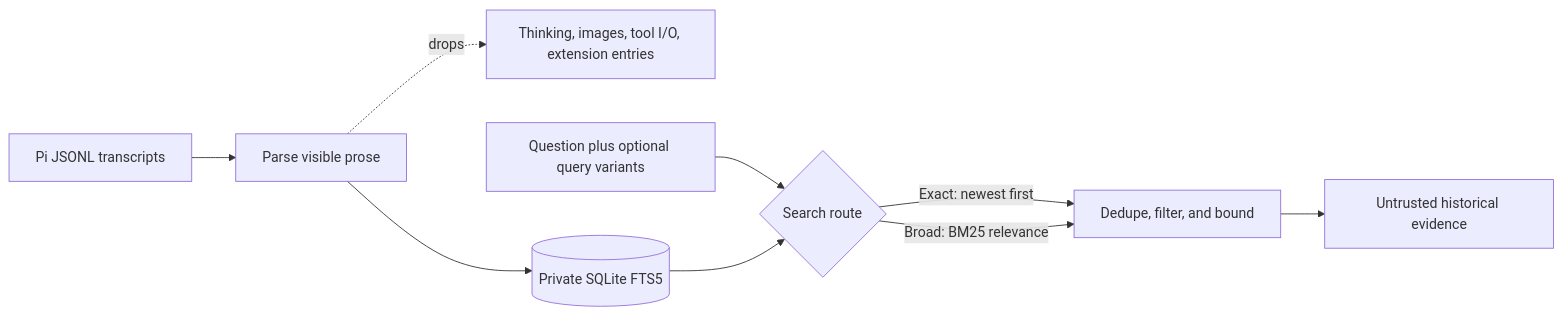
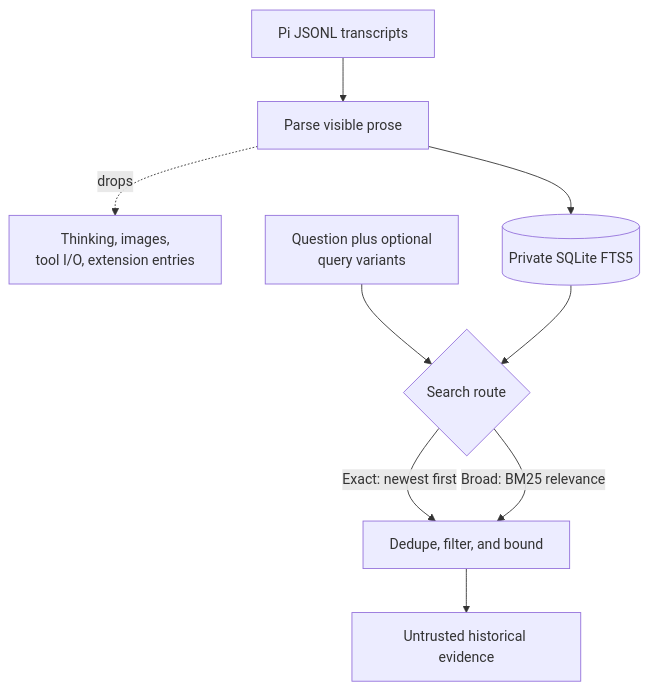
One commit to felores/pi-session-search changed the second of 2 diagrams in README.md. Above: the diagram before and after it, drawn with Mermaid. The commit also changed other lines of this file, not shown here.

Commit message:
docs: make README diagrams vertical

````diff
--- a/README.md
+++ b/README.md
@@ -68,11 +68,11 @@
 ```mermaid
-flowchart LR
+flowchart TB
   J["Pi JSONL transcripts"] --> P["Parse visible prose"]
-  P -. drops .-> X["Thinking, images, tool I/O, extension entries"]
+  P -. drops .-> X["Thinking, images,<br/>tool I/O, extension entries"]
   P --> D[("Private SQLite FTS5")]
-  Q["Question plus optional query variants"] --> R{"Search route"}
+  Q["Question plus optional<br/>query variants"] --> R{"Search route"}
   D --> R
   R -->|"Exact: newest first"| O["Dedupe, filter, and bound"]
   R -->|"Broad: BM25 relevance"| O
   O --> U["Untrusted historical evidence"]
 ```
````
